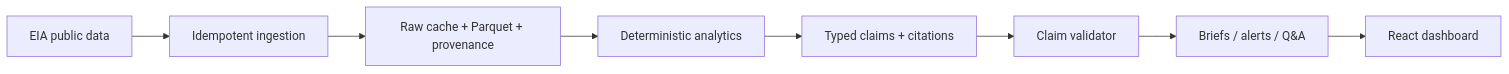
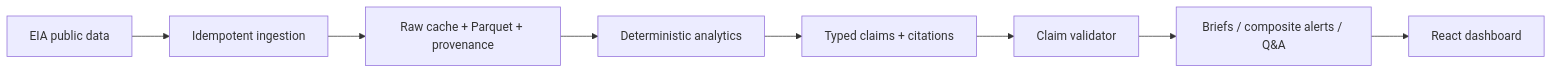
One commit to Svyable/oil-signal changed the diagram in README.md. Above: the diagram before and after it, drawn with Mermaid. The commit also changed other lines of this file and 6 other files, not shown here.

````diff
--- a/README.md
+++ b/README.md
@@ -13,10 +13,10 @@
 ```mermaid
 flowchart LR
     EIA[EIA public data] --> ING[Idempotent ingestion]
     ING --> STORE[Raw cache + Parquet + provenance]
     STORE --> CALC[Deterministic analytics]
     CALC --> CLAIM[Typed claims + citations]
     CLAIM --> GATE[Claim validator]
-    GATE --> BRIEF[Briefs / alerts / Q&A]
+    GATE --> BRIEF[Briefs / composite alerts / Q&A]
     BRIEF --> UI[React dashboard]
 ```
````
